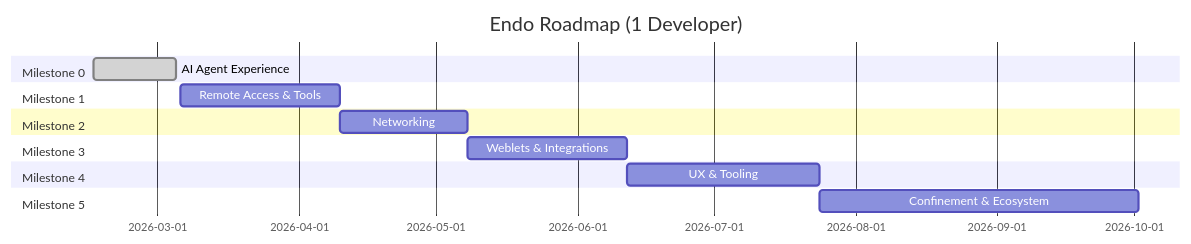
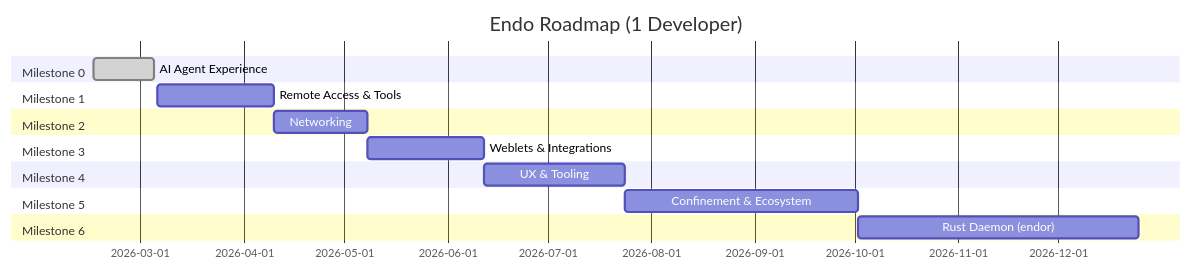
One commit to jbotson/endo-but-for-bots changed the second of 2 diagrams in designs/README.md. Above: the diagram before and after it, drawn with Mermaid. The commit also changed other lines of this file and 7 other files, not shown here.

````diff
--- a/designs/README.md
+++ b/designs/README.md
@@ -477,23 +519,26 @@
 ```mermaid
 gantt
     title Endo Roadmap (1 Developer)
     dateFormat YYYY-MM-DD
 
     section Milestone 0
     AI Agent Experience           :done, m0, 2026-02-15, 2026-03-05
 
     section Milestone 1
     Remote Access & Tools         :m1, 2026-03-06, 5w
 
     section Milestone 2
     Networking                    :m2, after m1, 4w
 
     section Milestone 3
     Weblets & Integrations        :m3, after m2, 5w
 
     section Milestone 4
     UX & Tooling                  :m4, after m3, 6w
 
     section Milestone 5
     Confinement & Ecosystem       :m5, after m4, 10w
+
+    section Milestone 6
+    Rust Daemon (endor)           :m6, after m5, 12w
 ```
````
